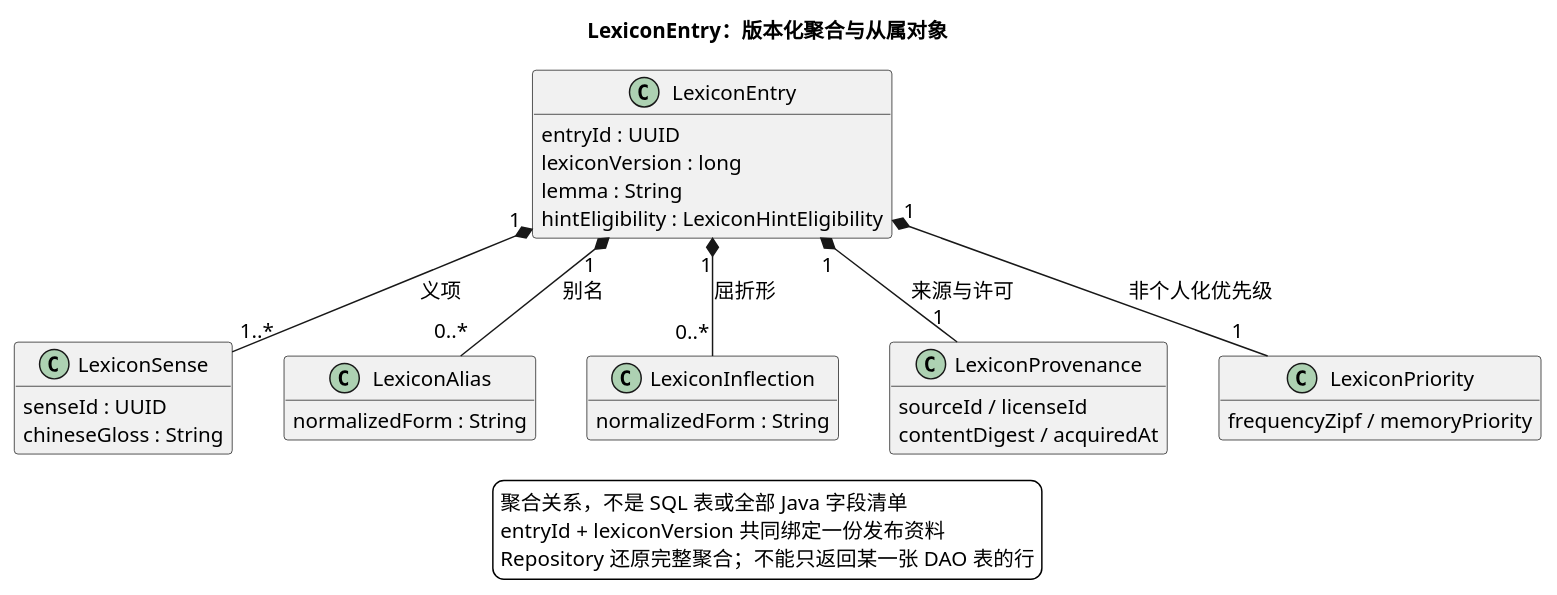
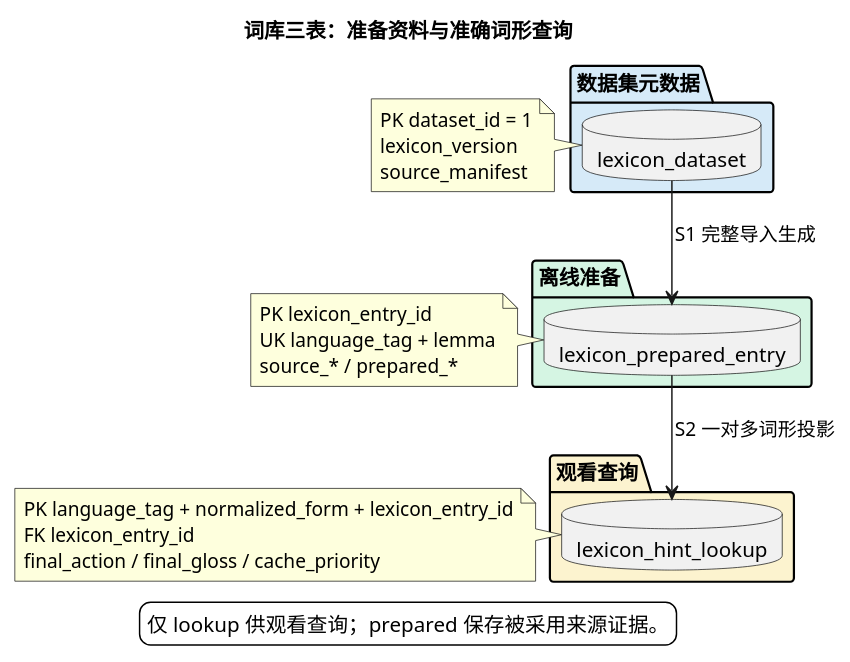
Before and after one commit to iampkuhz/lexiflow: the diagram in docs/architecture/data-model.md, drawn with PlantUML. The commit also changed other lines of this file and 61 other files, not shown here.

Commit message:
feat(lexicon): rebuild serving and hint flow

````diff
--- a/docs/architecture/data-model.md
+++ b/docs/architecture/data-model.md
@@ -14,46 +11,41 @@
 ```plantuml
 @startuml
-title LexiconEntry：版本化聚合与从属对象
+!pragma layout smetana
+title 词库三表：准备资料与准确词形查询
 skinparam backgroundColor white
 skinparam defaultFontName SansSerif
-skinparam defaultFontSize 14
 skinparam shadowing false
-skinparam classAttributeIconSize 0
 skinparam nodesep 35
 skinparam ranksep 50
-hide methods
-class LexiconEntry {
-  entryId : UUID
-  lexiconVersion : long
-  lemma : String
-  hintEligibility : LexiconHintEligibility
+top to bottom direction
+package "数据集元数据" #D6EAF8 {
+  database "lexicon_dataset" as dataset
 }
-class LexiconSense {
-  senseId : UUID
-  chineseGloss : String
+package "离线准备" #D5F5E3 {
+  database "lexicon_prepared_entry" as prepared
 }
-class LexiconAlias {
-  normalizedForm : String
+package "观看查询" #FCF3CF {
+  database "lexicon_hint_lookup" as lookup
 }
-class LexiconInflection {
-  normalizedForm : String
-}
-class LexiconProvenance {
-  sourceId / licenseId
-  contentDigest / acquiredAt
-}
-class LexiconPriority {
-  frequencyZipf / memoryPriority
-}
-LexiconEntry "1" *-- "1..*" LexiconSense : 义项
-LexiconEntry "1" *-- "0..*" LexiconAlias : 别名
-LexiconEntry "1" *-- "0..*" LexiconInflection : 屈折形
-LexiconEntry "1" *-- "1" LexiconProvenance : 来源与许可
-LexiconEntry "1" *-- "1" LexiconPriority : 非个人化优先级
+dataset --> prepared : S1 完整导入生成
+prepared --> lookup : S2 一对多词形投影
+note right of dataset
+  PK dataset_id = 1
+  lexicon_version
+  source_manifest
+end note
+note right of prepared
+  PK lexicon_entry_id
+  UK language_tag + lemma
+  source_* / prepared_*
+end note
+note right of lookup
+  PK language_tag + normalized_form + lexicon_entry_id
+  FK lexicon_entry_id
+  final_action / final_gloss / cache_priority
+end note
 legend bottom
-聚合关系，不是 SQL 表或全部 Java 字段清单
-entryId + lexiconVersion 共同绑定一份发布资料
-Repository 还原完整聚合；不能只返回某一张 DAO 表的行
+  仅 lookup 供观看查询；prepared 保存被采用来源证据。
 endlegend
 @enduml
 ```
````
